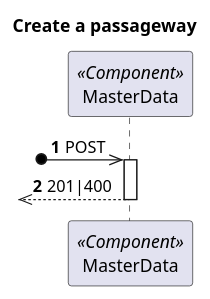
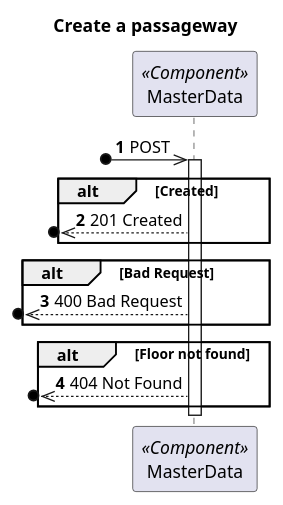
One commit to 1210910/lapr5 changed the diagram in docs/Vista Processo/US240/ProcessView_Level2_US240.puml. Above: the diagram before and after it, drawn with PlantUML. The commit also changed 14 other files, not shown here.

```diff
--- a/docs/Vista Processo/US240/ProcessView_Level2_US240.puml
+++ b/docs/Vista Processo/US240/ProcessView_Level2_US240.puml
@@ -1,18 +1,26 @@
 @startuml
 'https://plantuml.com/sequence-diagram
 
 autonumber
 skinparam packageStyle rect
 
 title Create a passageway
 
 participant "MasterData" as MD <<Component>>
 
 ?o->> MD : POST
 
 activate MD
-?o<<-- MD : 201|400
+alt Created
+   ?o<<--MD : 201 Created
+end
+alt Bad Request
+   ?o<<--MD : 400 Bad Request
+end
+alt Floor not found
+   ?o<<--MD : 404 Not Found
+end
 deactivate MD
 
 
 @enduml
```
